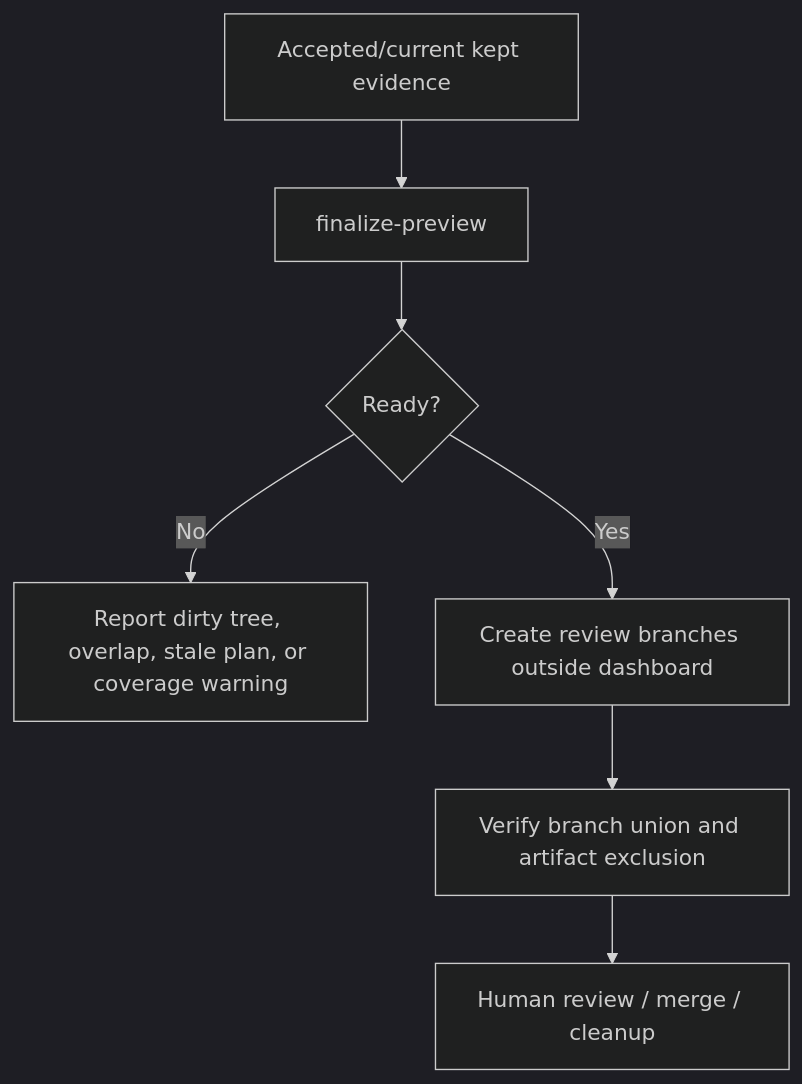
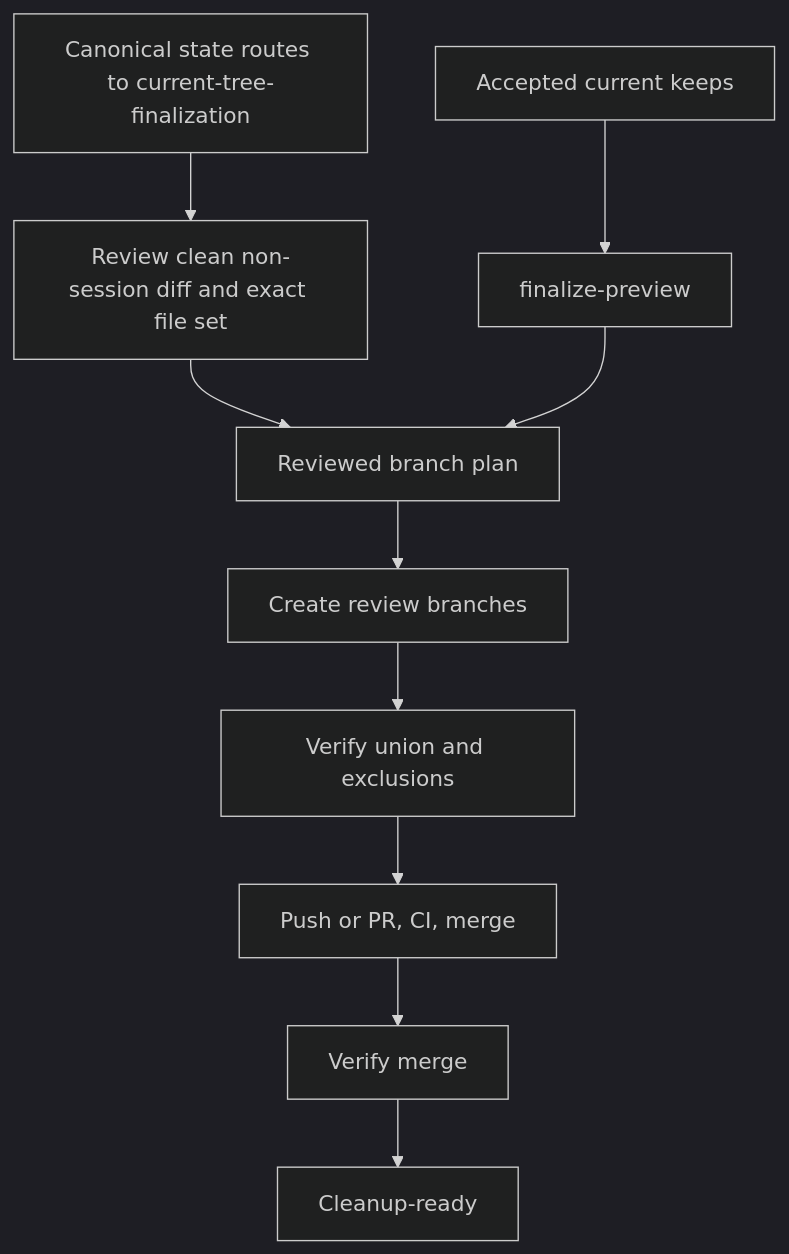
Before and after one commit to TheGreenCedar/codex-autoresearch: the fifth of 5 diagrams in plugins/codex-autoresearch/docs/architecture.md, drawn with Mermaid (dark theme). The commit also changed other lines of this file and 98 other files, not shown here.

````diff
--- a/plugins/codex-autoresearch/docs/architecture.md
+++ b/plugins/codex-autoresearch/docs/architecture.md
@@ -147,9 +118,12 @@
 ```mermaid
 flowchart TD
-  A["Accepted/current kept evidence"] --> B["finalize-preview"]
-  B --> C{"Ready?"}
-  C -- "No" --> D["Report dirty tree, overlap, stale plan, or coverage warning"]
-  C -- "Yes" --> E["Create review branches outside dashboard"]
-  E --> F["Verify branch union and artifact exclusion"]
-  F --> G["Human review / merge / cleanup"]
+  Keeps["Accepted current keeps"] --> Preview["finalize-preview"]
+  Tree["Canonical state routes to current-tree-finalization"] --> TreeReview["Review clean non-session diff and exact file set"]
+  TreeReview --> Plan
+  Preview --> Plan["Reviewed branch plan"]
+  Plan --> Branches["Create review branches"]
+  Branches --> Verify["Verify union and exclusions"]
+  Verify --> Publish["Push or PR, CI, merge"]
+  Publish --> MergeCheck["Verify merge"]
+  MergeCheck --> Cleanup["Cleanup-ready"]
 ```
````
